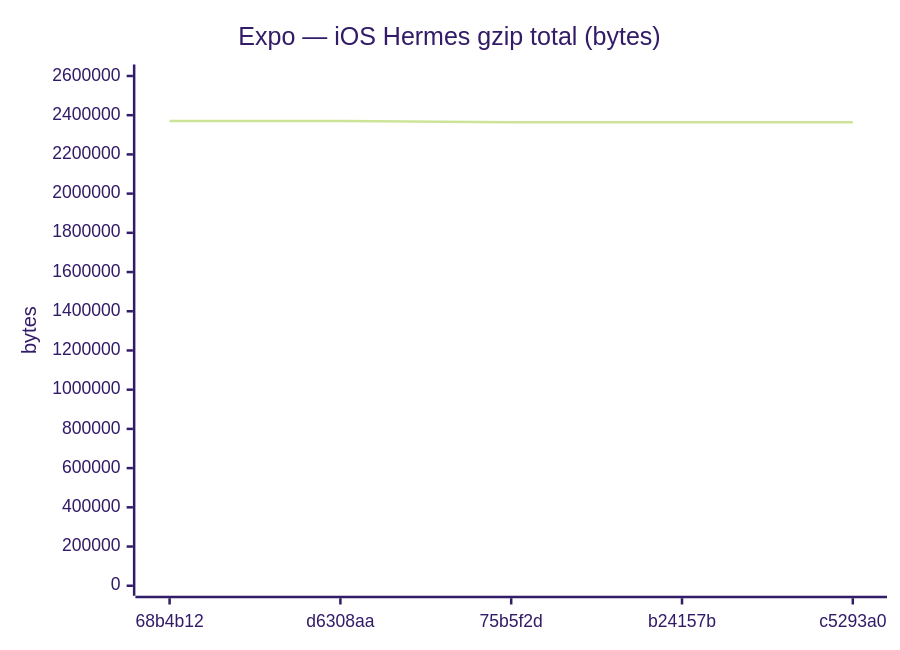
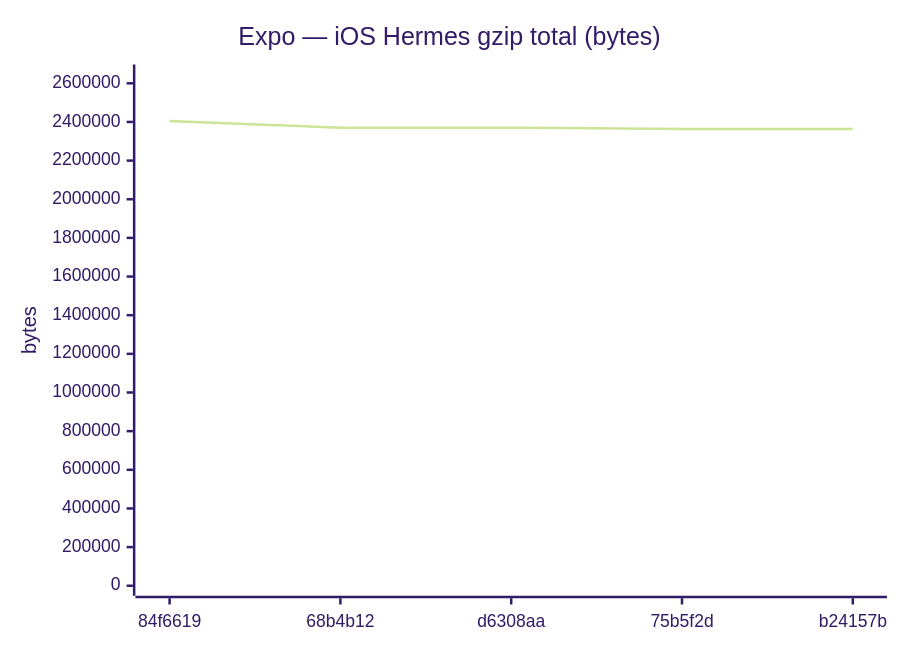
Diagram 12 of 18 in benchmarks/compare.md (Metaheurist/Rianell), drawn with Mermaid (forest theme) before and after one commit. The commit also changed other lines of this file and 12 other files, not shown here.

````diff
--- a/benchmarks/compare.md
+++ b/benchmarks/compare.md
@@ -228,7 +179,7 @@
 ```mermaid
 xychart-beta
     title "Expo — iOS Hermes gzip total (bytes)"
-    x-axis ["68b4b12", "d6308aa", "75b5f2d", "b24157b", "c5293a0"]
-    y-axis "bytes" 0 --> 2607543
-    line [2370491, 2370493, 2363429, 2363431, 2363430]
+    x-axis ["84f6619", "68b4b12", "d6308aa", "75b5f2d", "b24157b"]
+    y-axis "bytes" 0 --> 2645527
+    line [2405024, 2370491, 2370493, 2363429, 2363431]
 ```
````
